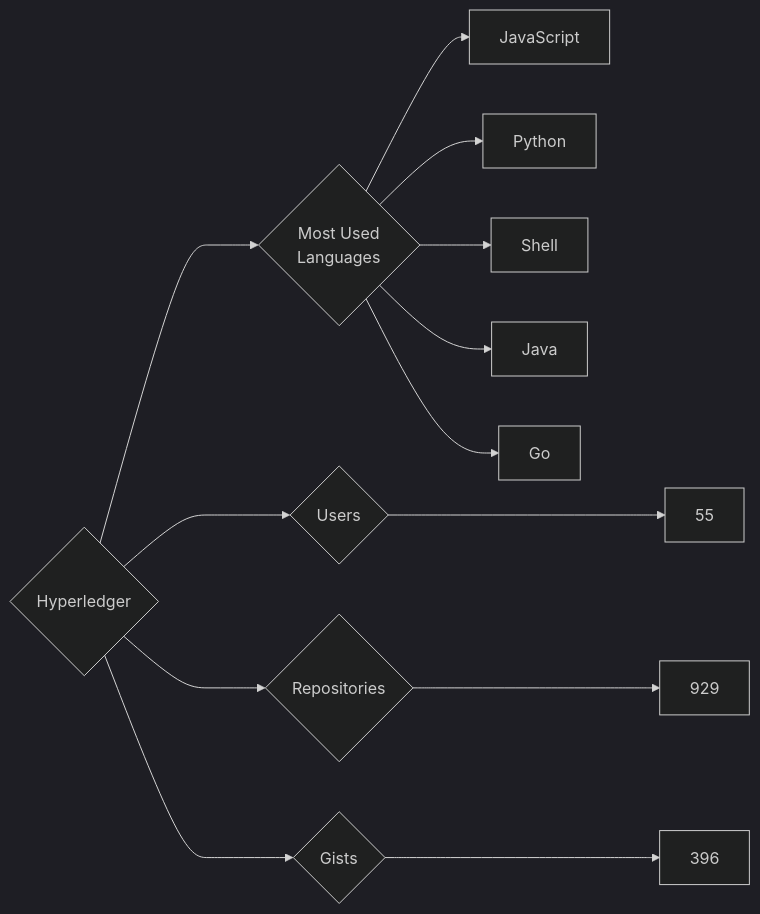
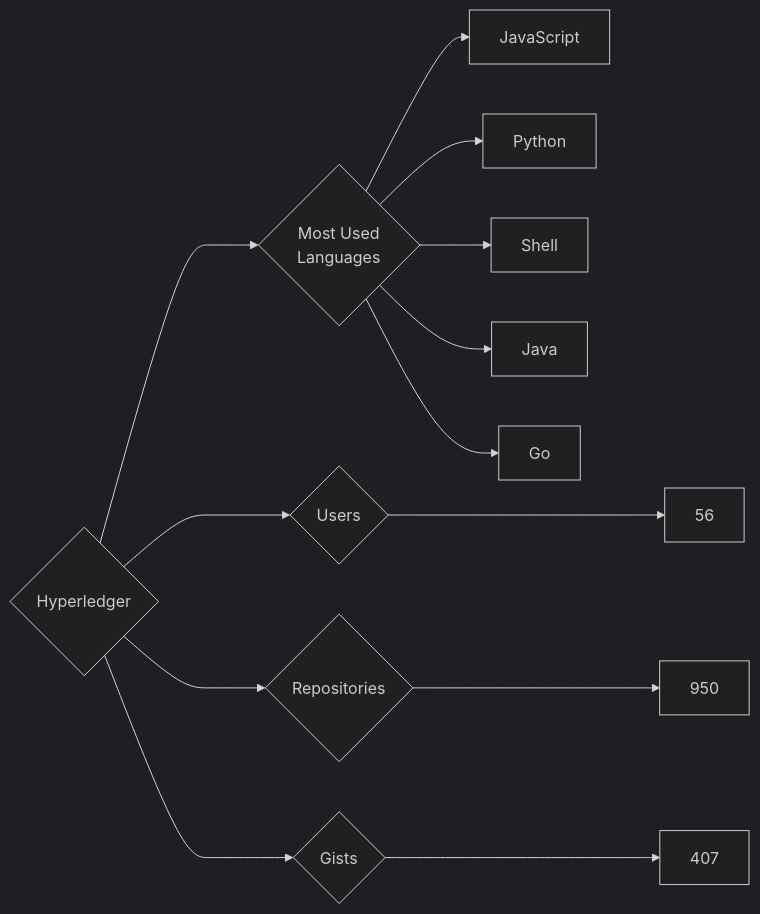
One commit to trickest/insiders changed the diagram in targets/Hyperledger/README.md. Above: the diagram before and after it, drawn with Mermaid (dark theme). The commit also changed 1084 other files, not shown here.

````diff
--- a/targets/Hyperledger/README.md
+++ b/targets/Hyperledger/README.md
@@ -3,13 +3,13 @@
 ```mermaid
 graph LR
 COMPANY_NAME{Hyperledger}
-COMPANY_NAME ---> U{Users} ---> UN[55]
-COMPANY_NAME ---> R{Repositories} ---> RN[929]
-COMPANY_NAME ---> G{Gists} ---> GN[396]
+COMPANY_NAME ---> U{Users} ---> UN[56]
+COMPANY_NAME ---> R{Repositories} ---> RN[950]
+COMPANY_NAME ---> G{Gists} ---> GN[407]
 COMPANY_NAME ---> ML{Most Used<br>Languages}
 ML --> JavaScript[JavaScript]
 ML --> Python[Python]
 ML --> Shell[Shell]
 ML --> Java[Java]
 ML --> Go[Go]
 ```
````
